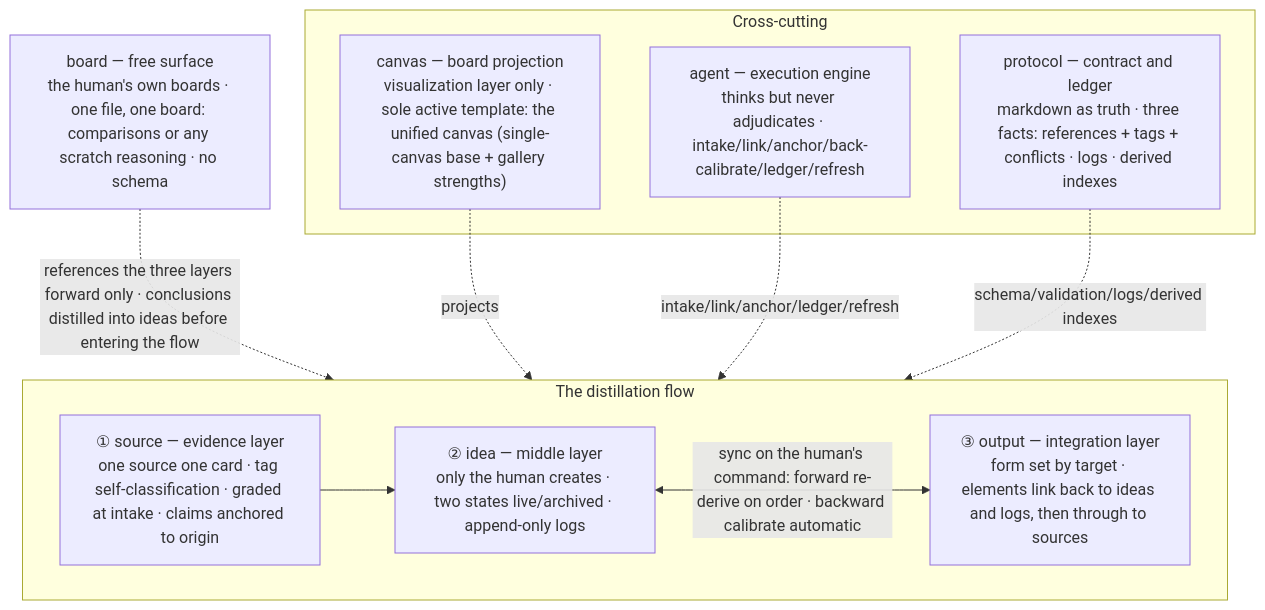
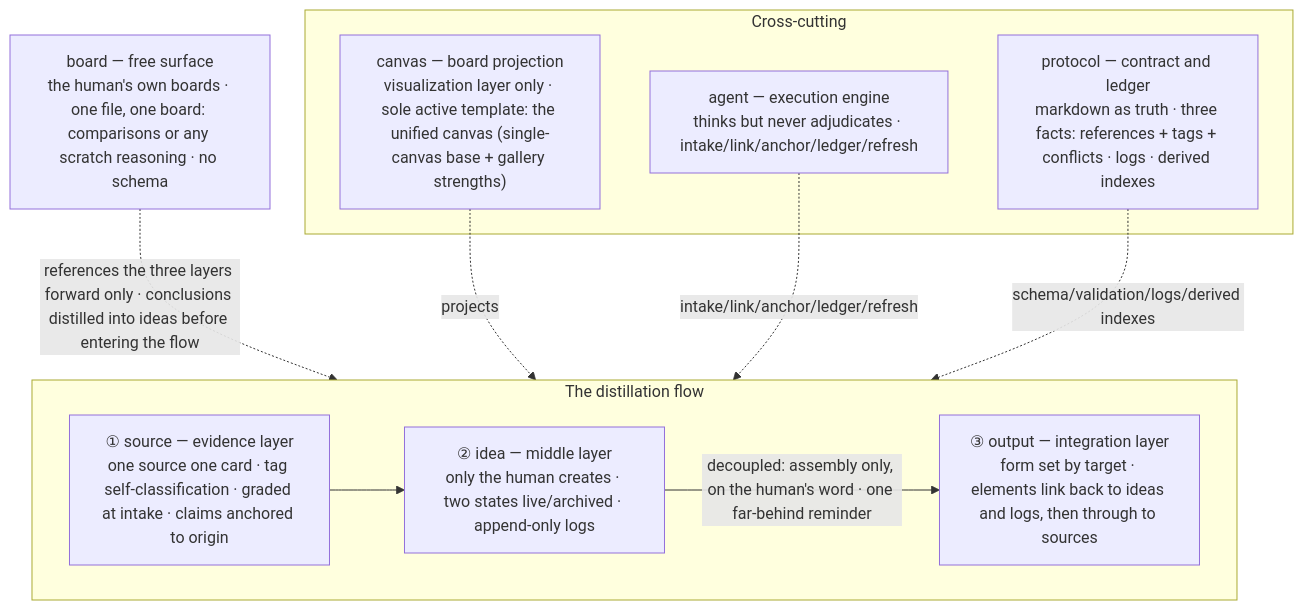
Before and after one commit to tigerless-labs/research-decision-support: the second of 2 diagrams in docs/design-harness/output/system.md, drawn with Mermaid. The commit also changed other lines of this file and 18 other files, not shown here.

First line of the commit message:
Decouple ideas and output: no sync either way, one far-behind reminder

````diff
--- a/docs/design-harness/output/system.md
+++ b/docs/design-harness/output/system.md
@@ -48,27 +45,27 @@
 ```mermaid
 flowchart TB
     subgraph FLOW["The distillation flow"]
         SRC["① source — evidence layer<br/>one source one card · tag self-classification · graded at intake · claims anchored to origin"]
         IDEA["② idea — middle layer<br/>only the human creates · two states live/archived · append-only logs"]
         OUT["③ output — integration layer<br/>form set by target · elements link back to ideas and logs, then through to sources"]
         SRC --> IDEA
-        IDEA <-->|"sync on the human's command: forward re-derive on order · backward calibrate automatic"| OUT
+        IDEA -->|"decoupled: assembly only, on the human's word · one far-behind reminder"| OUT
     end
     BOARD["board — free surface<br/>the human's own boards · one file, one board: comparisons or any scratch reasoning · no schema"]
     BOARD -.references the three layers forward only · conclusions distilled into ideas before entering the flow.-> FLOW
     subgraph XCUT["Cross-cutting"]
         CANVAS["canvas — board projection<br/>visualization layer only · sole active template: the unified canvas (single-canvas base + gallery strengths)"]
-        AGENT["agent — execution engine<br/>thinks but never adjudicates · intake/link/anchor/back-calibrate/ledger/refresh"]
+        AGENT["agent — execution engine<br/>thinks but never adjudicates · intake/link/anchor/ledger/refresh"]
         PROTO["protocol — contract and ledger<br/>markdown as truth · three facts: references + tags + conflicts · logs · derived indexes"]
     end
     CANVAS -.projects.-> FLOW
     AGENT -.intake/link/anchor/ledger/refresh.-> FLOW
     PROTO -.schema/validation/logs/derived indexes.-> FLOW
     click SRC "modules/source.md"
     click IDEA "modules/idea.md"
     click OUT "modules/output.md"
     click BOARD "modules/board.md"
     click CANVAS "modules/canvas.md"
     click AGENT "modules/agent.md"
     click PROTO "modules/protocol.md"
 ```
````
